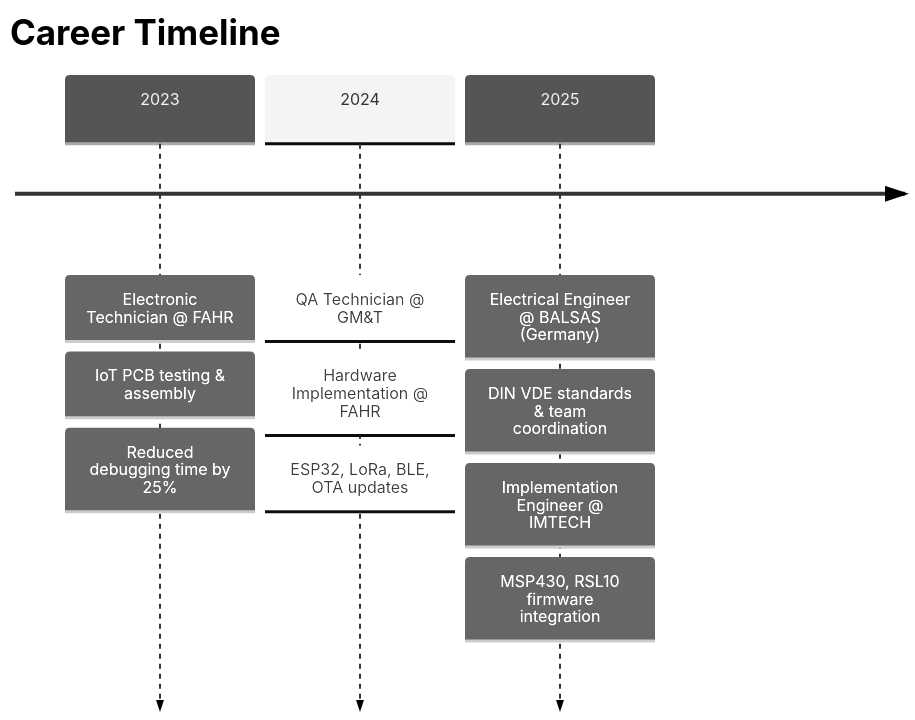
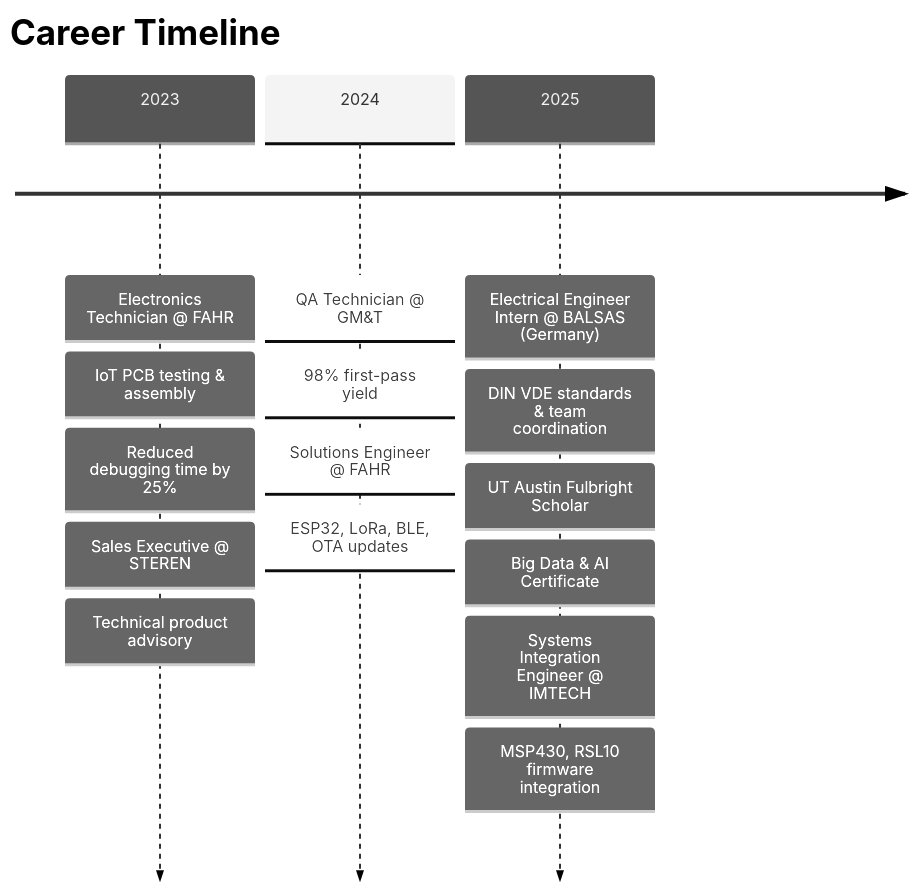
The diagram in README.md (surbalo1/surbalo1), drawn with Mermaid (neutral theme) before and after one commit. The commit also changed other lines of this file, not shown here.

````diff
--- a/README.md
+++ b/README.md
@@ -207,14 +208,19 @@
 ```mermaid
 timeline
     title Career Timeline
-    2023 : Electronic Technician @ FAHR
+    2023 : Electronics Technician @ FAHR
          : IoT PCB testing & assembly
          : Reduced debugging time by 25%
+         : Sales Executive @ STEREN
+         : Technical product advisory
     2024 : QA Technician @ GM&T
-         : Hardware Implementation @ FAHR
+         : 98% first-pass yield
+         : Solutions Engineer @ FAHR
          : ESP32, LoRa, BLE, OTA updates
-    2025 : Electrical Engineer @ BALSAS (Germany)
+    2025 : Electrical Engineer Intern @ BALSAS (Germany)
          : DIN VDE standards & team coordination
-         : Implementation Engineer @ IMTECH
+         : UT Austin Fulbright Scholar
+         : Big Data & AI Certificate
+         : Systems Integration Engineer @ IMTECH
          : MSP430, RSL10 firmware integration
 ```
````
